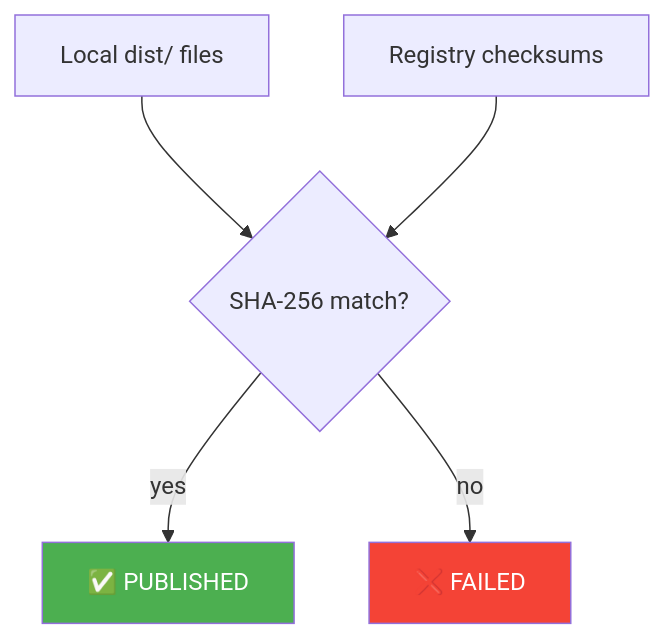
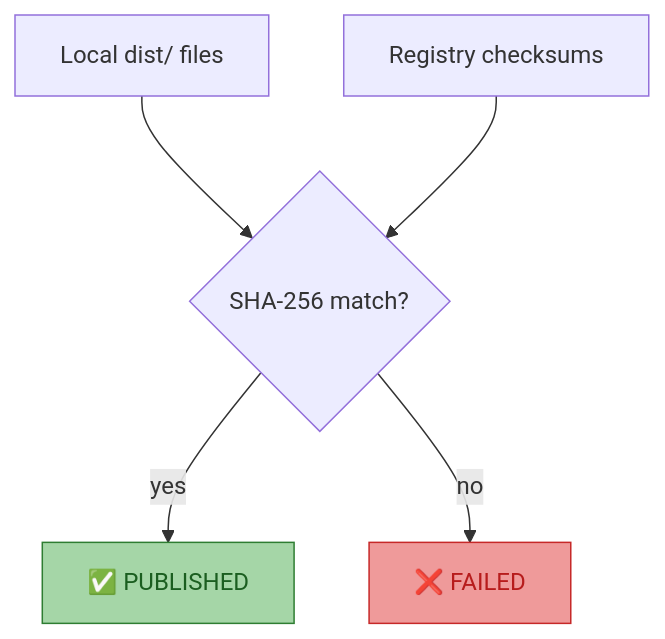
One commit to genkit-ai/genkit-python changed the first of 3 diagrams in tools/releasekit/docs/docs/internals/publisher.md. Above: the diagram before and after it, drawn with Mermaid. The commit also changed other lines of this file and 208 other files, not shown here.

````diff
--- a/tools/releasekit/docs/docs/internals/publisher.md
+++ b/tools/releasekit/docs/docs/internals/publisher.md
@@ -79,16 +79,16 @@
 ```mermaid
 graph TD
     LOCAL["Local dist/ files"]
     REMOTE["Registry checksums"]
     MATCH{"SHA-256 match?"}
     OK["✅ PUBLISHED"]
     FAIL["❌ FAILED"]
 
     LOCAL --> MATCH
     REMOTE --> MATCH
     MATCH -->|yes| OK
     MATCH -->|no| FAIL
 
-    style OK fill:#4caf50,color:#fff
-    style FAIL fill:#f44336,color:#fff
+    style OK fill:#a5d6a7,stroke:#2e7d32,color:#1b5e20
+    style FAIL fill:#ef9a9a,stroke:#c62828,color:#b71c1c
 ```
````
